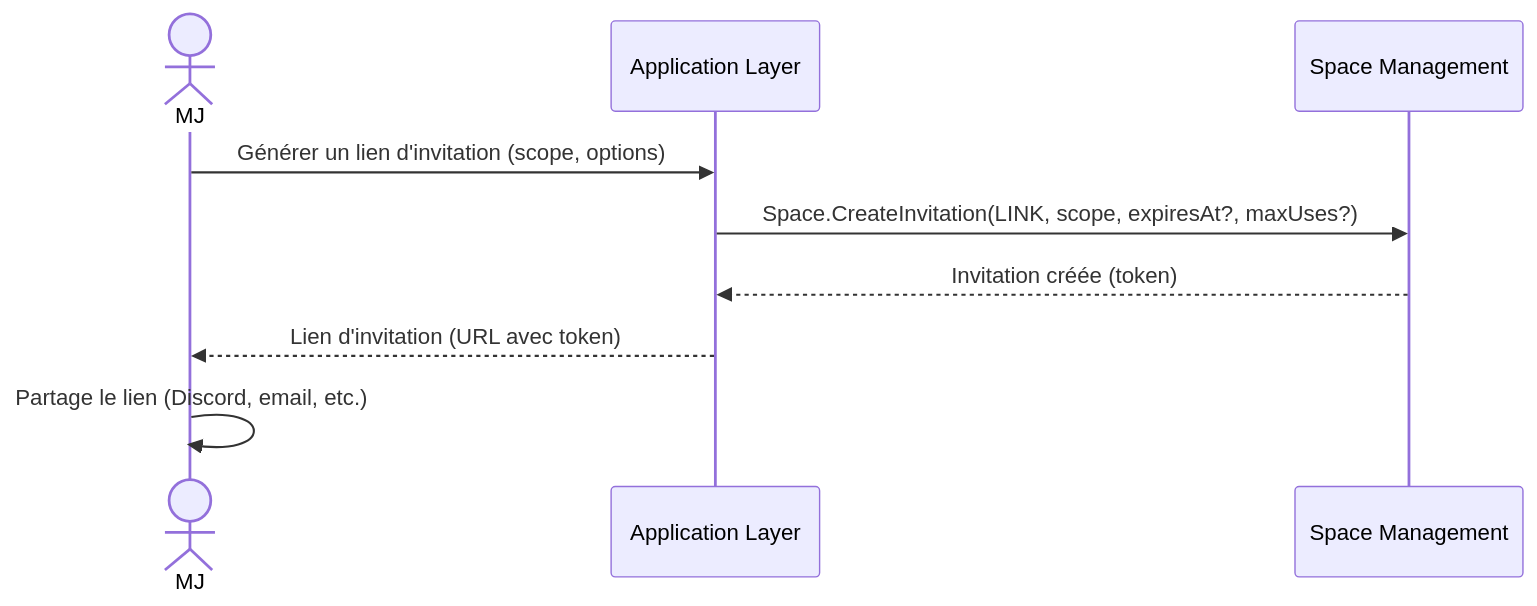
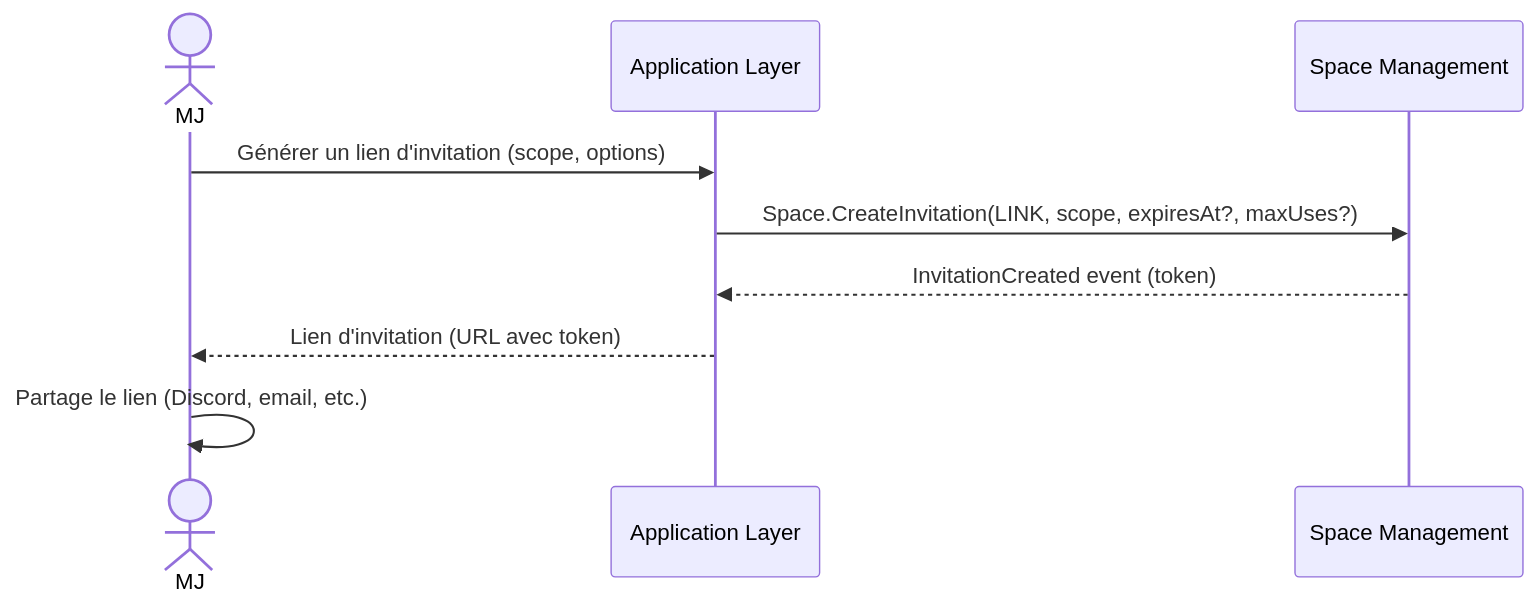
One commit to 2025-10-CDA-ECO-P6/PM-micro-saas changed the second of 7 diagrams in docs/domaine/space-management/flows.md. Above: the diagram before and after it, drawn with Mermaid. The commit also changed other lines of this file and 3 other files, not shown here.

````diff
--- a/docs/domaine/space-management/flows.md
+++ b/docs/domaine/space-management/flows.md
@@ -29,12 +29,12 @@
 ```mermaid
 sequenceDiagram
     actor MJ
     participant App as Application Layer
     participant SM as Space Management
 
     MJ->>App: Générer un lien d'invitation (scope, options)
     App->>SM: Space.CreateInvitation(LINK, scope, expiresAt?, maxUses?)
-    SM-->>App: Invitation créée (token)
+    SM-->>App: InvitationCreated event (token)
     App-->>MJ: Lien d'invitation (URL avec token)
     MJ->>MJ: Partage le lien (Discord, email, etc.)
 ```
````
